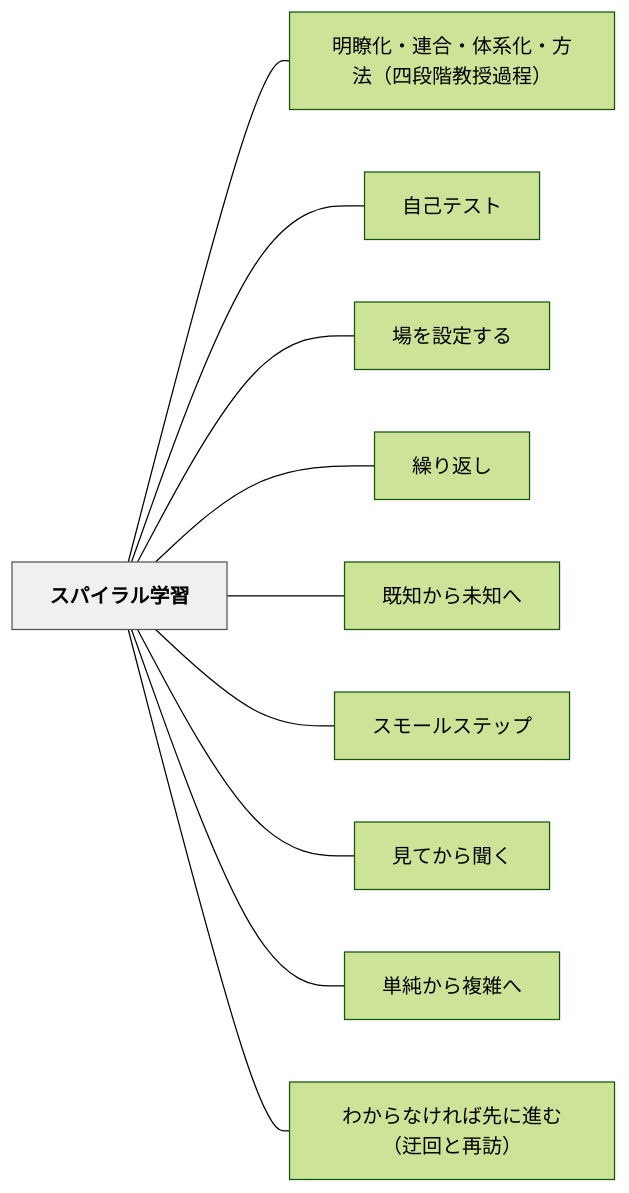
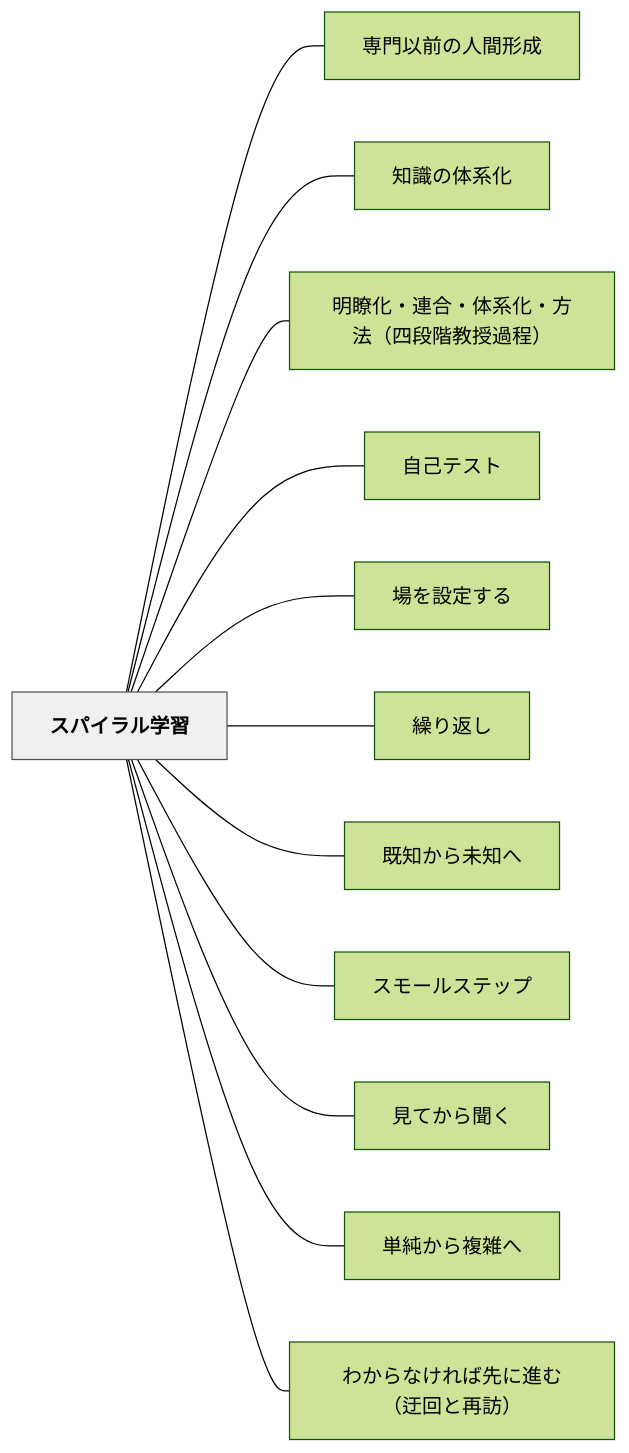
One commit to unknownthings-ed-patterns/unknownthings-ed-patterns changed the diagram in content/パタン/スパイラル学習.md. Above: the diagram before and after it, drawn with Mermaid (forest theme). The commit also changed other lines of this file and 185 other files, not shown here.

````diff
--- a/content/パタン/スパイラル学習.md
+++ b/content/パタン/スパイラル学習.md
@@ -103,26 +105,30 @@
 ```mermaid
 flowchart LR
     ne382b9e38391e382a4e383a9e383abe5ada6e7bf92["スパイラル学習"]
+    ne5b082e99680e4bba5e5898de381aee4babae99693e5bda2e68890["専門以前の人間形成"]
+    ne79fa5e8ad98e381aee4bd93e7b3bbe58c96["知識の体系化"]
     ne6988ee79eade58c96e383bbe980a3e59088e383bbe4bd93e7b3bbe58c96e383bbe696b9e6b395efbc88e59b9be6aeb5e99a8ee69599e68e88e9818ee7a88befbc89["明瞭化・連合・体系化・方法（四段階教授過程）"]
     ne887aae5b7b1e38386e382b9e38388["自己テスト"]
     ne5a0b4e38292e8a8ade5ae9ae38199e3828b["場を設定する"]
     ne7b9b0e3828ae8bf94e38197["繰り返し"]
     ne697a2e79fa5e3818be38289e69caae79fa5e381b8["既知から未知へ"]
     ne382b9e383a2e383bce383abe382b9e38386e38383e38397["スモールステップ"]
     ne8a68be381a6e3818be38289e8819ee3818f["見てから聞く"]
     ne58d98e7b494e3818be38289e8a487e99b91e381b8["単純から複雑へ"]
     ne3828fe3818be38289e381aae38191e3828ce381b0e58588e381abe980b2e38280efbc88e8bf82e59b9ee381a8e5868de8a8aaefbc89["わからなければ先に進む（迂回と再訪）"]
 
+    ne382b9e38391e382a4e383a9e383abe5ada6e7bf92 --- ne5b082e99680e4bba5e5898de381aee4babae99693e5bda2e68890
+    ne382b9e38391e382a4e383a9e383abe5ada6e7bf92 --- ne79fa5e8ad98e381aee4bd93e7b3bbe58c96
     ne382b9e38391e382a4e383a9e383abe5ada6e7bf92 --- ne6988ee79eade58c96e383bbe980a3e59088e383bbe4bd93e7b3bbe58c96e383bbe696b9e6b395efbc88e59b9be6aeb5e99a8ee69599e68e88e9818ee7a88befbc89
     ne382b9e38391e382a4e383a9e383abe5ada6e7bf92 --- ne887aae5b7b1e38386e382b9e38388
     ne382b9e38391e382a4e383a9e383abe5ada6e7bf92 --- ne5a0b4e38292e8a8ade5ae9ae38199e3828b
     ne382b9e38391e382a4e383a9e383abe5ada6e7bf92 --- ne7b9b0e3828ae8bf94e38197
     ne382b9e38391e382a4e383a9e383abe5ada6e7bf92 --- ne697a2e79fa5e3818be38289e69caae79fa5e381b8
     ne382b9e38391e382a4e383a9e383abe5ada6e7bf92 --- ne382b9e383a2e383bce383abe382b9e38386e38383e38397
     ne382b9e38391e382a4e383a9e383abe5ada6e7bf92 --- ne8a68be381a6e3818be38289e8819ee3818f
     ne382b9e38391e382a4e383a9e383abe5ada6e7bf92 --- ne58d98e7b494e3818be38289e8a487e99b91e381b8
     ne382b9e38391e382a4e383a9e383abe5ada6e7bf92 --- ne3828fe3818be38289e381aae38191e3828ce381b0e58588e381abe980b2e38280efbc88e8bf82e59b9ee381a8e5868de8a8aaefbc89
 
     classDef hub fill:#f0f0f0,stroke:#555,color:#000,font-weight:bold
     class ne382b9e38391e382a4e383a9e383abe5ada6e7bf92 hub
 ```
````
